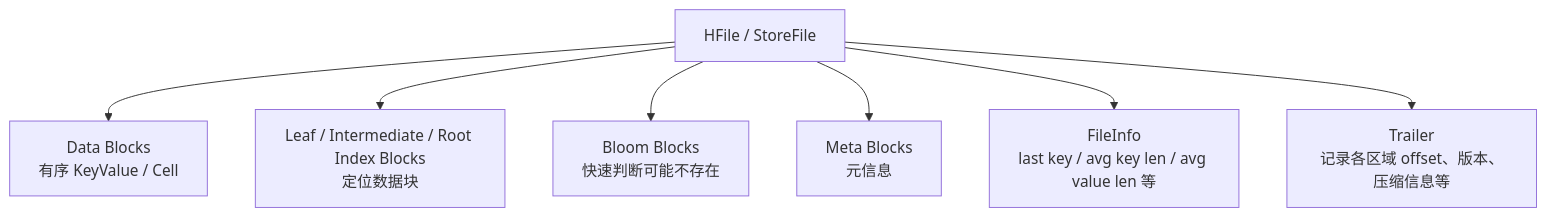
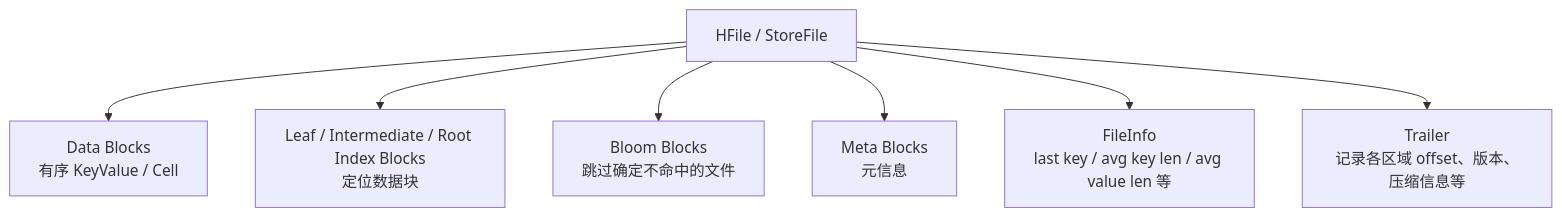
Before and after one commit to is-Aaron/is-Aaron.github.io: the third of 5 diagrams in _posts/big-data/2026-05-18-hbase-storage-format.md, drawn with Mermaid. The commit also changed other lines of this file, not shown here.

````diff
--- a/_posts/big-data/2026-05-18-hbase-storage-format.md
+++ b/_posts/big-data/2026-05-18-hbase-storage-format.md
@@ -211,10 +213,10 @@
 ```mermaid
 flowchart TD
     HF["HFile / StoreFile"]
     HF --> DB["Data Blocks<br/>有序 KeyValue / Cell"]
     HF --> LI["Leaf / Intermediate / Root Index Blocks<br/>定位数据块"]
-    HF --> BF["Bloom Blocks<br/>快速判断可能不存在"]
+    HF --> BF["Bloom Blocks<br/>跳过确定不命中的文件"]
     HF --> MI["Meta Blocks<br/>元信息"]
     HF --> FI["FileInfo<br/>last key / avg key len / avg value len 等"]
     HF --> TR["Trailer<br/>记录各区域 offset、版本、压缩信息等"]
 ```
````
